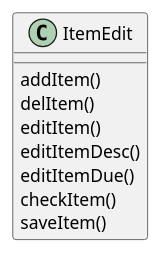
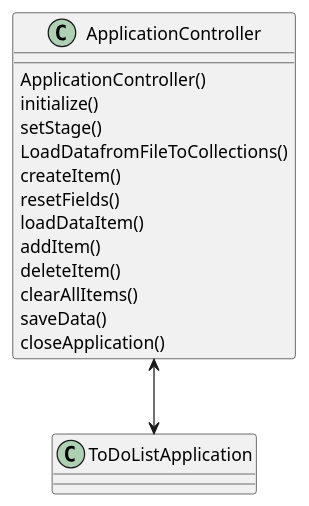
One commit to MohitBallikar/App1Part2 changed the diagram in App1/docs/ItemEdit.puml. Above: the diagram before and after it, drawn with PlantUML. The commit also changed 47 other files, not shown here.

Commit message:
final code with additional and corrected pseudo. Added README, tests, and UML.

```diff
--- a/App1/docs/ItemEdit.puml
+++ b/App1/docs/ItemEdit.puml
@@ -1,11 +1,17 @@
 @startuml
-class ItemEdit{
+class ApplicationController{
+ApplicationController()
+initialize()
+setStage()
+LoadDatafromFileToCollections()
+createItem()
+resetFields()
+loadDataItem()
 addItem()
-delItem()
-editItem()
-editItemDesc()
-editItemDue()
-checkItem()
-saveItem()
+deleteItem()
+clearAllItems()
+saveData()
+closeApplication()
 }
+ApplicationController <--> ToDoListApplication
 @enduml
```
